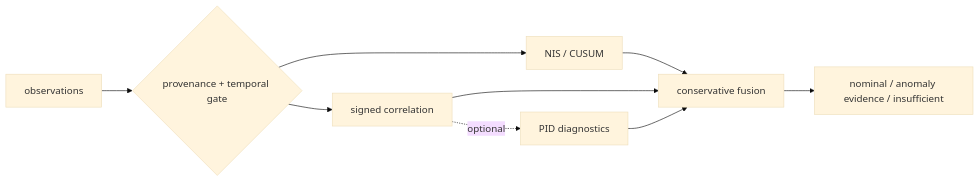
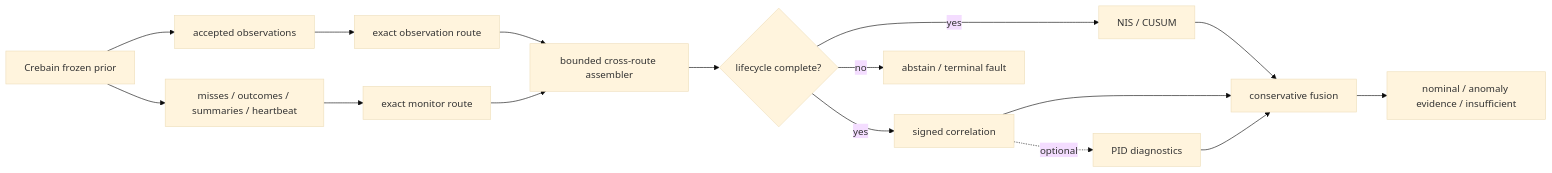
Before and after one commit to sepahead/galadriel: the diagram in README.md, drawn with Mermaid (base theme). The commit also changed other lines of this file and 47 other files, not shown here.

````diff
--- a/README.md
+++ b/README.md
@@ -23,11 +23,18 @@
 ```mermaid
 flowchart LR
-    O[observations] --> P{provenance + temporal gate}
-    P --> M[NIS / CUSUM]
-    P --> C[signed correlation]
+    P[Crebain frozen prior] --> O[accepted observations]
+    P --> L[misses / outcomes / summaries / heartbeat]
+    O --> R[exact observation route]
+    L --> T[exact monitor route]
+    R --> A[bounded cross-route assembler]
+    T --> A
+    A --> G{lifecycle complete?}
+    G -->|yes| M[NIS / CUSUM]
+    G -->|yes| C[signed correlation]
+    G -->|no| X[abstain / terminal fault]
     C -. optional .-> I[PID diagnostics]
     M --> F[conservative fusion]
     C --> F
     I --> F
     F --> V[nominal / anomaly evidence / insufficient]
 ```
````
